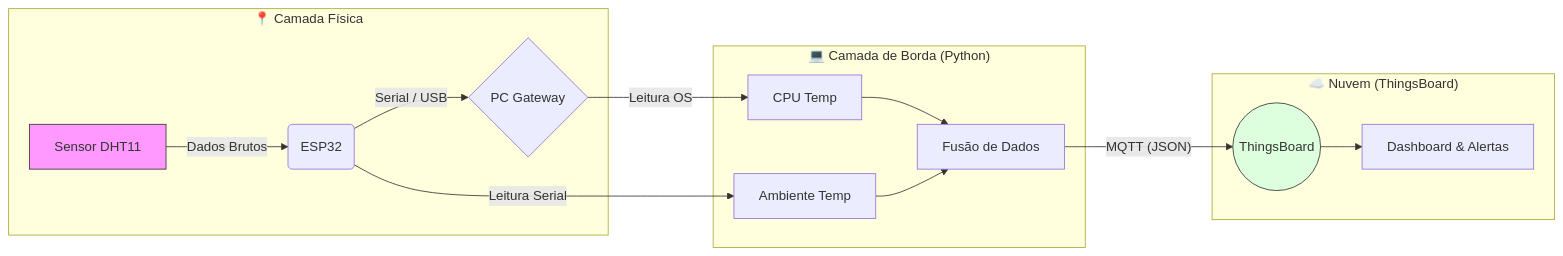
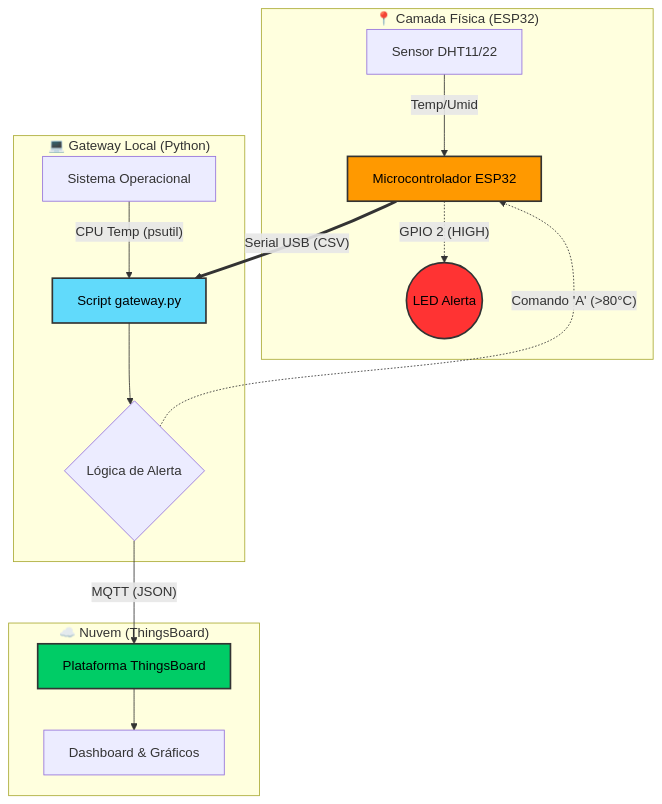
The diagram in README.md (oemanuelm/Core_Logic), drawn with Mermaid before and after one commit.

````diff
--- a/README.md
+++ b/README.md
@@ -26,21 +26,38 @@
 ```mermaid
-graph LR
-    subgraph Hardware ["📍 Camada Física"]
-        A[Sensor DHT11] -- "Dados Brutos" --> B(ESP32)
-        B -- "Serial / USB" --> C{PC Gateway}
+graph TD
+    %% Definição dos Nós e Estilos
+    subgraph Hardware ["📍 Camada Física (ESP32)"]
+        DHT[Sensor DHT11/22]
+        ESP[Microcontrolador ESP32]
+        LED((LED Alerta))
     end
 
-    subgraph Software ["💻 Camada de Borda (Python)"]
-        C -- "Leitura OS" --> D[CPU Temp]
-        B -- "Leitura Serial" --> E[Ambiente Temp]
-        D & E --> F[Fusão de Dados]
+    subgraph Gateway ["💻 Gateway Local (Python)"]
+        OS[Sistema Operacional]
+        SCRIPT[Script gateway.py]
+        LOGIC{Lógica de Alerta}
     end
 
     subgraph Cloud ["☁️ Nuvem (ThingsBoard)"]
-        F -- "MQTT (JSON)" --> G((ThingsBoard))
-        G --> H[Dashboard & Alertas]
+        TB[Plataforma ThingsBoard]
+        DASH[Dashboard & Gráficos]
     end
 
-    style A fill:#f9f,stroke:#333
-    style G fill:#dfd,stroke:#333
+    %% Fluxo de DADOS (Ida)
+    DHT -- "Temp/Umid" --> ESP
+    ESP == "Serial USB (CSV)" ==> SCRIPT
+    OS -- "CPU Temp (psutil)" --> SCRIPT
+    SCRIPT --> LOGIC
+    LOGIC -- "MQTT (JSON)" --> TB
+    TB --> DASH
+
+    %% Fluxo de CONTROLE (Volta)
+    LOGIC -.-> |"Comando 'A' (>80°C)"| ESP
+    ESP -.-> |"GPIO 2 (HIGH)"| LED
+
+    %% Estilização (Cores)
+    style ESP fill:#ff9900,stroke:#333,stroke-width:2px,color:black
+    style SCRIPT fill:#61dafb,stroke:#333,stroke-width:2px,color:black
+    style TB fill:#00cc66,stroke:#333,stroke-width:2px, color:black
+    style LED fill:#ff3333,stroke:#333,stroke-width:2px,color:black
 ```
````
